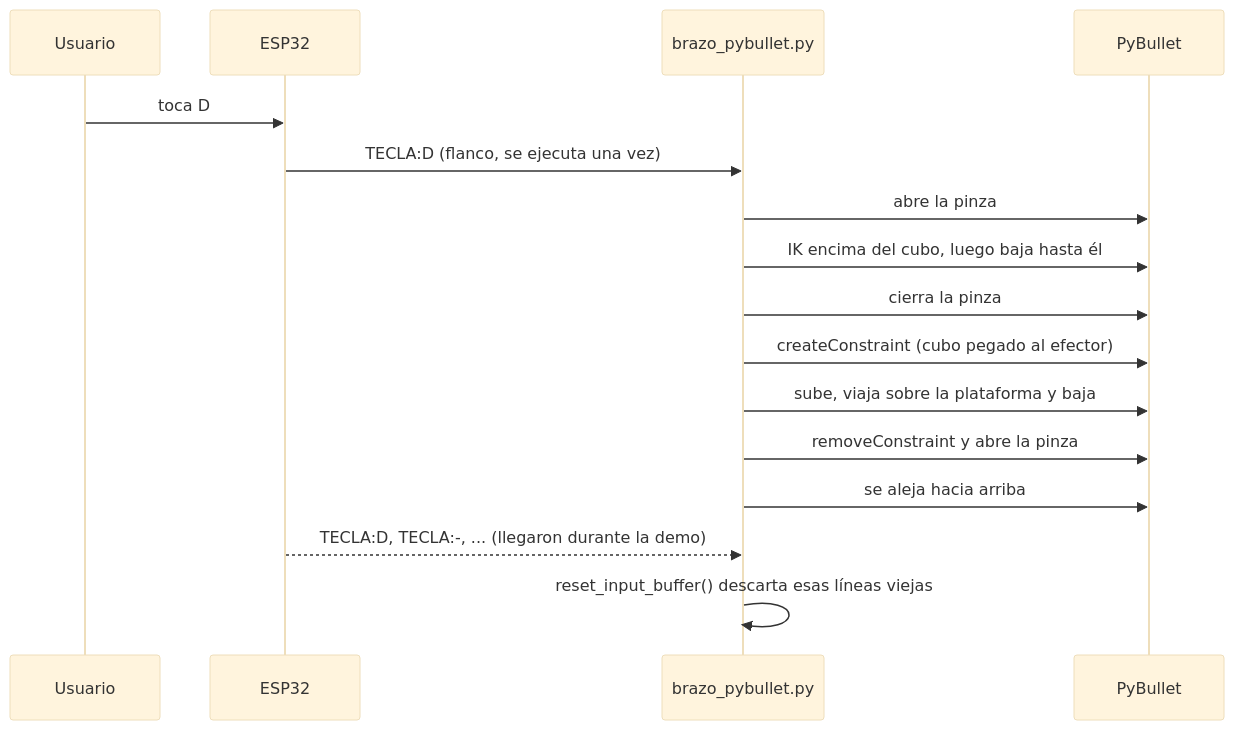
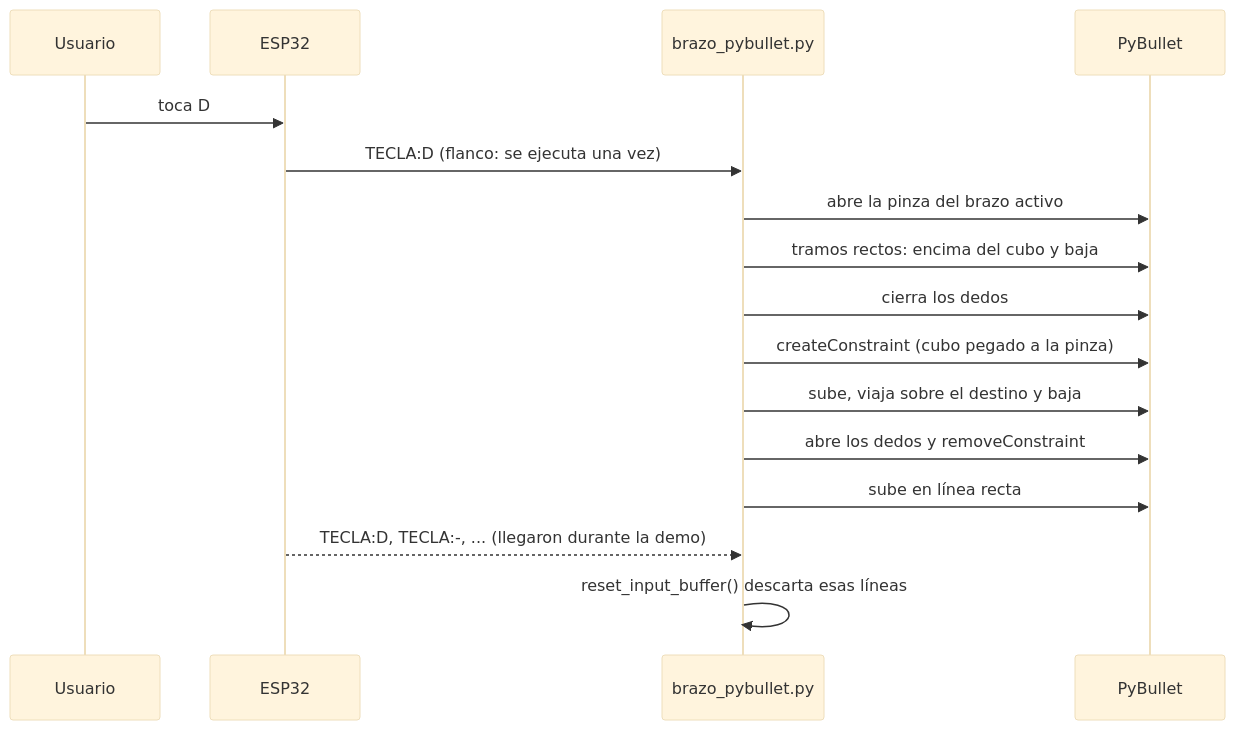
Before and after one commit to Dathinel/Sensores-Teoria: the second of 2 diagrams in 9-taller-segundo-corte/punto-b-brazo-tipo-baxter/README.md, drawn with Mermaid (base theme). The commit also changed other lines of this file and 34 other files, not shown here.

````diff
--- a/9-taller-segundo-corte/punto-b-brazo-tipo-baxter/README.md
+++ b/9-taller-segundo-corte/punto-b-brazo-tipo-baxter/README.md
@@ -96,18 +203,18 @@
 ```mermaid
 sequenceDiagram
     participant U as Usuario
     participant E as ESP32
     participant P as brazo_pybullet.py
     participant S as PyBullet
     U->>E: toca D
-    E->>P: TECLA:D (flanco, se ejecuta una vez)
-    P->>S: abre la pinza
-    P->>S: IK encima del cubo, luego baja hasta él
-    P->>S: cierra la pinza
-    P->>S: createConstraint (cubo pegado al efector)
-    P->>S: sube, viaja sobre la plataforma y baja
-    P->>S: removeConstraint y abre la pinza
-    P->>S: se aleja hacia arriba
+    E->>P: TECLA:D (flanco: se ejecuta una vez)
+    P->>S: abre la pinza del brazo activo
+    P->>S: tramos rectos: encima del cubo y baja
+    P->>S: cierra los dedos
+    P->>S: createConstraint (cubo pegado a la pinza)
+    P->>S: sube, viaja sobre el destino y baja
+    P->>S: abre los dedos y removeConstraint
+    P->>S: sube en línea recta
     E-->>P: TECLA:D, TECLA:-, ... (llegaron durante la demo)
-    P->>P: reset_input_buffer() descarta esas líneas viejas
+    P->>P: reset_input_buffer() descarta esas líneas
 ```
````
